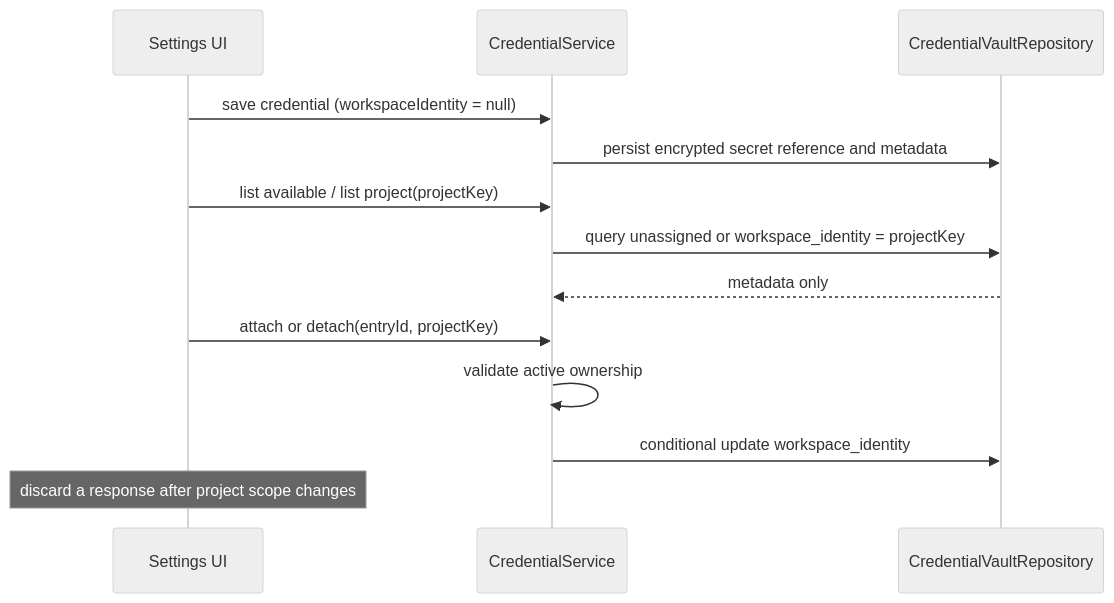
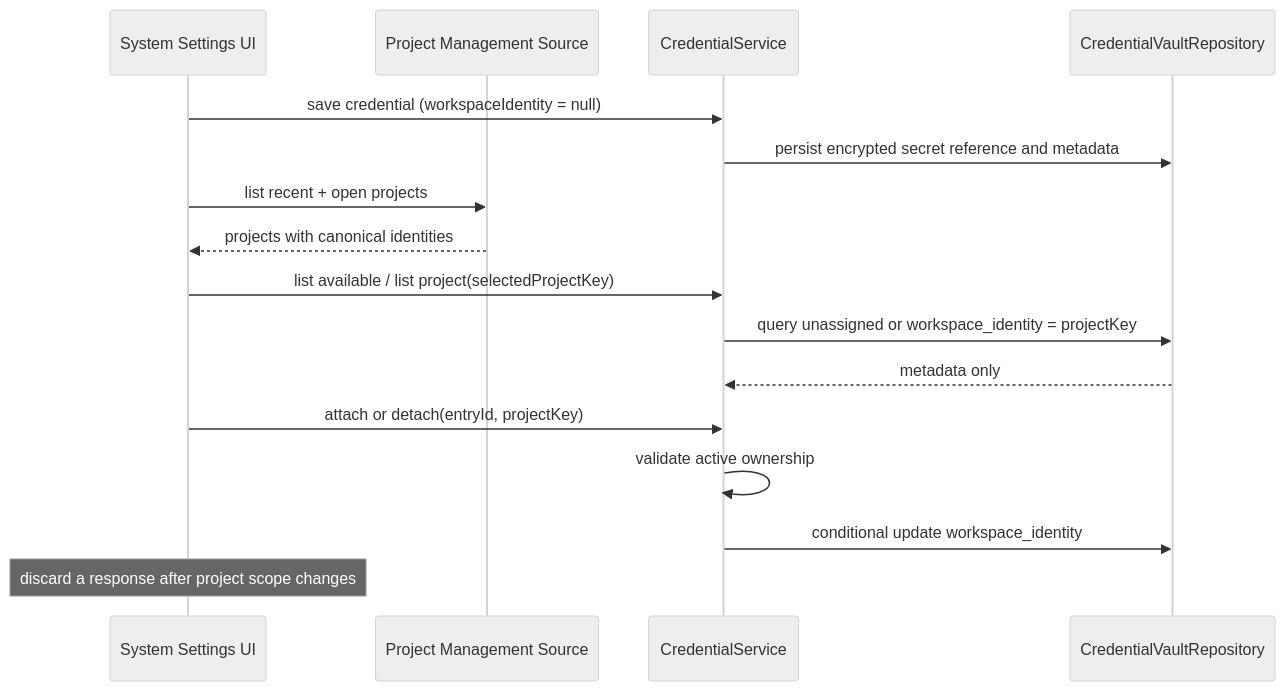
The diagram in packages/ui/specs/project-credential-scope.md (caiqiqqq/CodeVori), drawn with Mermaid (neutral theme) before and after one commit. The commit also changed other lines of this file and 5 other files, not shown here.

````diff
--- a/packages/ui/specs/project-credential-scope.md
+++ b/packages/ui/specs/project-credential-scope.md
@@ -26,15 +27,18 @@
 ```mermaid
 sequenceDiagram
-    participant UI as Settings UI
+    participant UI as System Settings UI
+    participant Projects as Project Management Source
     participant Host as CredentialService
     participant Repo as CredentialVaultRepository
     UI->>Host: save credential (workspaceIdentity = null)
     Host->>Repo: persist encrypted secret reference and metadata
-    UI->>Host: list available / list project(projectKey)
+    UI->>Projects: list recent + open projects
+    Projects-->>UI: projects with canonical identities
+    UI->>Host: list available / list project(selectedProjectKey)
     Host->>Repo: query unassigned or workspace_identity = projectKey
     Repo-->>Host: metadata only
     UI->>Host: attach or detach(entryId, projectKey)
     Host->>Host: validate active ownership
     Host->>Repo: conditional update workspace_identity
     Note over UI: discard a response after project scope changes
 ```
````
